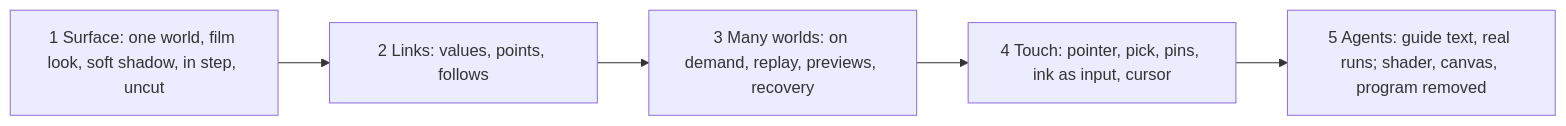
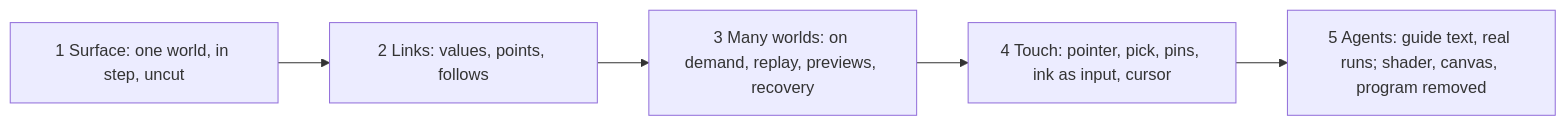
Before and after one commit to Nordup/askaboard: the seventh of 7 diagrams in docs/learning-space/one-world-architecture.md, drawn with Mermaid. The commit also changed other lines of this file and 4 other files, not shown here.

````diff
--- a/docs/learning-space/one-world-architecture.md
+++ b/docs/learning-space/one-world-architecture.md
@@ -367,7 +367,7 @@
 ```mermaid
 flowchart LR
-  S1["1 Surface: one world, film look, soft shadow, in step, uncut"] --> S2["2 Links: values, points, follows"]
+  S1["1 Surface: one world, in step, uncut"] --> S2["2 Links: values, points, follows"]
   S2 --> S3["3 Many worlds: on demand, replay, previews, recovery"]
   S3 --> S4["4 Touch: pointer, pick, pins, ink as input, cursor"]
   S4 --> S5["5 Agents: guide text, real runs; shader, canvas, program removed"]
 ```
````
